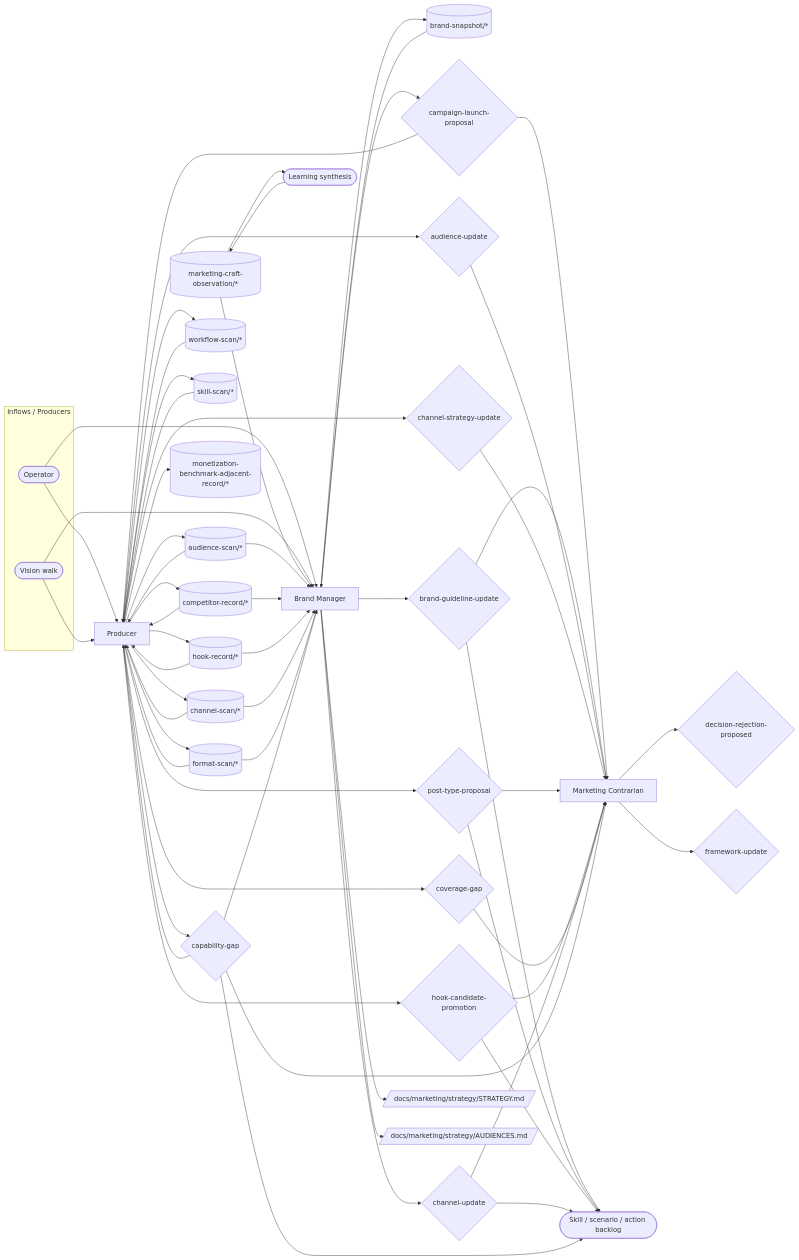
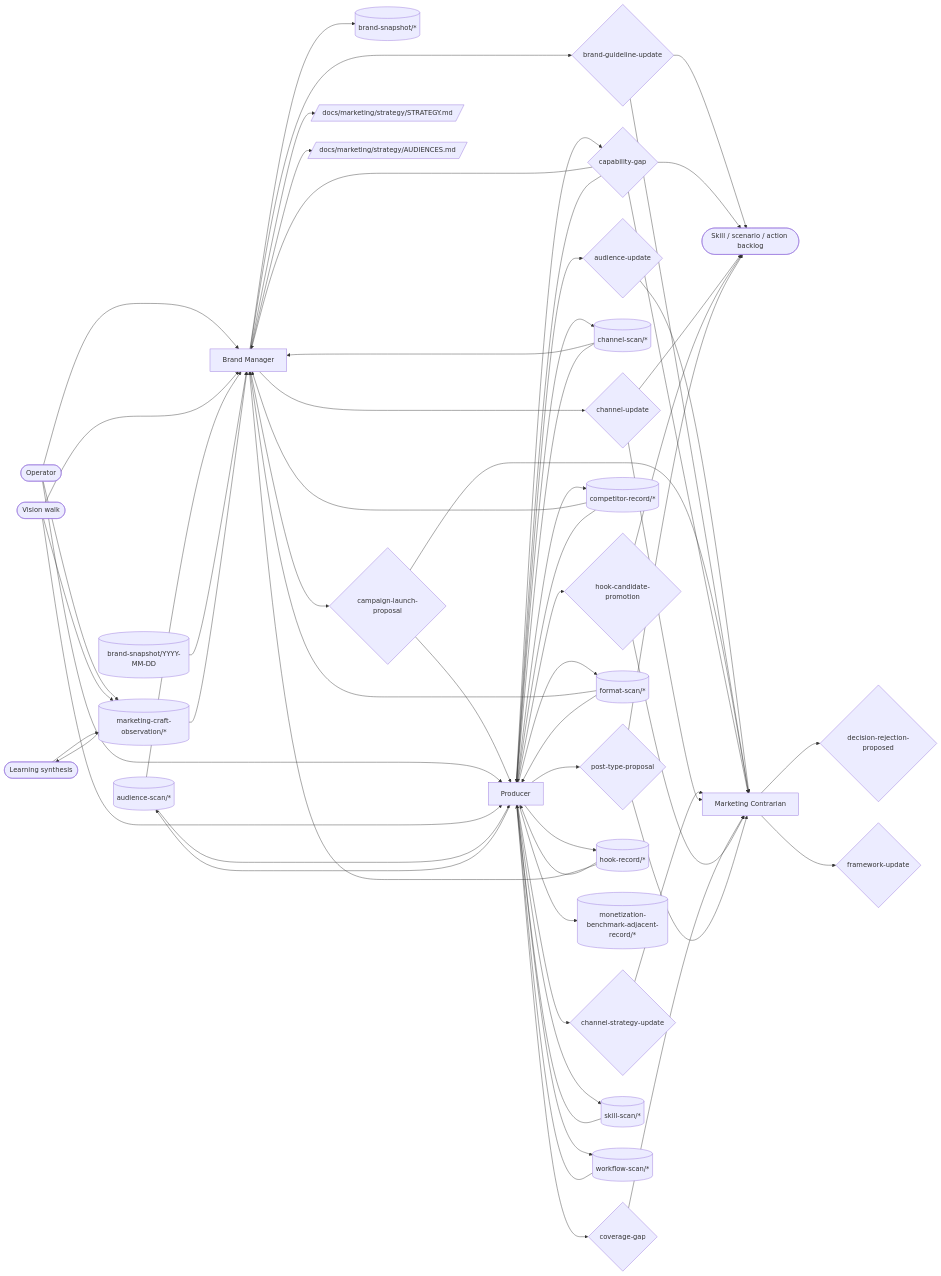
One commit to Vrooli/Vrooli changed the second of 2 diagrams in docs/marketing/operating/OPERATING_MODEL.md. Above: the diagram before and after it, drawn with Mermaid. The commit also changed other lines of this file and 63 other files, not shown here.

````diff
--- a/docs/marketing/operating/OPERATING_MODEL.md
+++ b/docs/marketing/operating/OPERATING_MODEL.md
@@ -123,138 +123,127 @@
 ```mermaid
 flowchart LR
-  subgraph INFLOWS["Inflows / Producers"]
-    %% @node OP external:operator
-    OP([Operator])
-    %% @node VW external:vision-walk
-    VW([Vision walk])
-  end
-
-  %% Members
-  %% @node P member:producer
-  P[Producer]
+  %% @node AS topic:audience-scan/*
+  AS[(audience-scan/*)]
+  %% @node AUD decision:audience-update
+  AUD{audience-update}
+  %% @node BACKLOG process:skill-scenario-action-backlog
+  BACKLOG([Skill / scenario / action backlog])
+  %% @node BGUIDE decision:brand-guideline-update
+  BGUIDE{brand-guideline-update}
   %% @node BM member:brand-manager
   BM[Brand Manager]
+  %% @node BRANDSNAP topic:brand-snapshot/*
+  BRANDSNAP[(brand-snapshot/*)]
+  %% @node CAMP decision:campaign-launch-proposal
+  CAMP{campaign-launch-proposal}
+  %% @node CANON1 por:docs/marketing/strategy/STRATEGY.md
+  CANON1[/docs/marketing/strategy/STRATEGY.md/]
+  %% @node CANON2 por:docs/marketing/strategy/AUDIENCES.md
+  CANON2[/docs/marketing/strategy/AUDIENCES.md/]
+  %% @node CAP decision:capability-gap
+  CAP{capability-gap}
+  %% @node CHAN topic:channel-scan/*
+  CHAN[(channel-scan/*)]
+  %% @node CHSTR decision:channel-strategy-update
+  CHSTR{channel-strategy-update}
+  %% @node CHUP decision:channel-update
+  CHUP{channel-update}
+  %% @node COMP topic:competitor-record/*
+  COMP[(competitor-record/*)]
   %% @node CONTRA member:marketing-contrarian
   CONTRA[Marketing Contrarian]
-
-  %% Knowledge topics that remain team-owned
-  %% @node AS topic:audience-scan/*
-  AS[(audience-scan/*)]
-  %% @node COMP topic:competitor-record/*
-  COMP[(competitor-record/*)]
+  %% @node COVGAP decision:coverage-gap
+  COVGAP{coverage-gap}
+  %% @node DREJ decision:decision-rejection-proposed
+  DREJ{decision-rejection-proposed}
+  %% @node FORMAT topic:format-scan/*
+  FORMAT[(format-scan/*)]
+  %% @node FRAME decision:framework-update
+  FRAME{framework-update}
+  %% @node HCP decision:hook-candidate-promotion
+  HCP{hook-candidate-promotion}
   %% @node HOOK topic:hook-record/*
   HOOK[(hook-record/*)]
-  %% @node WF topic:workflow-scan/*
-  WF[(workflow-scan/*)]
-  %% @node SKILL topic:skill-scan/*
-  SKILL[(skill-scan/*)]
-  %% @node CHAN topic:channel-scan/*
-  CHAN[(channel-scan/*)]
-  %% @node FORMAT topic:format-scan/*
-  FORMAT[(format-scan/*)]
+  %% @node LEARN process:learning-synthesis
+  LEARN([Learning synthesis])
   %% @node MB topic:monetization-benchmark-adjacent-record/*
   MB[(monetization-benchmark-adjacent-record/*)]
   %% @node MCO topic:marketing-craft-observation/*
   MCO[(marketing-craft-observation/*)]
-  %% @node BRANDSNAP topic:brand-snapshot/*
-  BRANDSNAP[(brand-snapshot/*)]
-
-  %% Decisions and durable canon
-  %% @node AUD decision:audience-update
-  AUD{audience-update}
-  %% @node CHSTR decision:channel-strategy-update
-  CHSTR{channel-strategy-update}
+  %% @node OP external:operator
+  OP([Operator])
+  %% @node P member:producer
+  P[Producer]
   %% @node POST decision:post-type-proposal
   POST{post-type-proposal}
-  %% @node HCP decision:hook-candidate-promotion
-  HCP{hook-candidate-promotion}
-  %% @node CAMP decision:campaign-launch-proposal
-  CAMP{campaign-launch-proposal}
-  %% @node BGUIDE decision:brand-guideline-update
-  BGUIDE{brand-guideline-update}
-  %% @node CHUP decision:channel-update
-  CHUP{channel-update}
-  %% @node COVGAP decision:coverage-gap
-  COVGAP{coverage-gap}
-  %% @node CAP decision:capability-gap
-  CAP{capability-gap}
-  %% @node DREJ decision:decision-rejection-proposed
-  DREJ{decision-rejection-proposed}
-  %% @node FRAME decision:framework-update
-  FRAME{framework-update}
-  %% @node CANON1 por:docs/marketing/strategy/STRATEGY.md
-  CANON1[/docs/marketing/strategy/STRATEGY.md/]
-  %% @node CANON2 por:docs/marketing/strategy/AUDIENCES.md
-  CANON2[/docs/marketing/strategy/AUDIENCES.md/]
-  %% @node LEARN process:learning-synthesis
-  LEARN([Learning synthesis])
-  %% @node BACKLOG process:skill-scenario-action-backlog
-  BACKLOG([Skill / scenario / action backlog])
+  %% @node SKILL topic:skill-scan/*
+  SKILL[(skill-scan/*)]
+  %% @node VW external:vision-walk
+  VW([Vision walk])
+  %% @node WF topic:workflow-scan/*
+  WF[(workflow-scan/*)]
+  %% @node BRANDSNAPSHO topic:brand-snapshot/YYYY-MM-DD
+  BRANDSNAPSHO[(brand-snapshot/YYYY-MM-DD)]
 
-  %% Intake and research
+  AUD --> CONTRA
+  BGUIDE --> CONTRA
+  BGUIDE --> BACKLOG
+  CAMP --> CONTRA
+  CAMP --> P
+  CAP --> BM
+  CAP --> CONTRA
+  CAP --> P
+  CAP --> BACKLOG
+  CHSTR --> CONTRA
+  CHUP --> CONTRA
+  CHUP --> BACKLOG
+  COVGAP --> CONTRA
+  HCP --> CONTRA
+  HCP --> BACKLOG
+  POST --> CONTRA
+  POST --> BACKLOG
+  OP --> BM
   OP --> P
+  OP --> MCO
+  VW --> BM
   VW --> P
-  P --> AS
-  P --> COMP
-  P --> HOOK
-  P --> WF
-  P --> SKILL
-  P --> CHAN
-  P --> FORMAT
-  P --> MB
-  AS --> P
-  COMP --> P
-  HOOK --> P
-  WF --> P
-  SKILL --> P
-  CHAN --> P
-  FORMAT --> P
-  P --> AUD
-  P --> CHSTR
-  P --> POST
-  P --> HCP
-  P --> COVGAP
-  P --> CAP
-  CAP --> P
-  CAMP --> P
-
-  %% Brand management and canon
-  OP --> BM
-  VW --> BM
-  MCO --> BM
-  AS --> BM
-  COMP --> BM
-  HOOK --> BM
-  CHAN --> BM
-  FORMAT --> BM
-  BRANDSNAP --> BM
-  CAP --> BM
+  VW --> MCO
+  BM --> BGUIDE
+  BM --> CAMP
+  BM --> CHUP
+  BM --> CANON2
   BM --> CANON1
-  BM --> CANON2
   BM --> BRANDSNAP
-  BM --> CAMP
-  BM --> BGUIDE
-  BM --> CHUP
-
-  %% Review
-  CAMP --> CONTRA
-  BGUIDE --> CONTRA
-  AUD --> CONTRA
-  CHSTR --> CONTRA
-  POST --> CONTRA
-  HCP --> CONTRA
-  CHUP --> CONTRA
-  COVGAP --> CONTRA
-  CAP --> CONTRA
   CONTRA --> DREJ
   CONTRA --> FRAME
-
-  %% Learning
+  P --> AUD
+  P --> CAP
+  P --> CHSTR
+  P --> COVGAP
+  P --> HCP
+  P --> POST
+  P --> AS
+  P --> CHAN
+  P --> COMP
+  P --> FORMAT
+  P --> HOOK
+  P --> MB
+  P --> SKILL
+  P --> WF
+  LEARN --> MCO
+  AS --> BM
+  AS --> P
+  BRANDSNAPSHO --> BM
+  CHAN --> BM
+  CHAN --> P
+  COMP --> BM
+  COMP --> P
+  FORMAT --> BM
+  FORMAT --> P
+  HOOK --> BM
+  HOOK --> P
+  MCO --> BM
   MCO --> LEARN
-  LEARN --> MCO
-  BGUIDE --> BACKLOG
-  POST --> BACKLOG
-  HCP --> BACKLOG
-  CHUP --> BACKLOG
-  CAP --> BACKLOG
+  SKILL --> P
+  WF --> P
 ```
````
